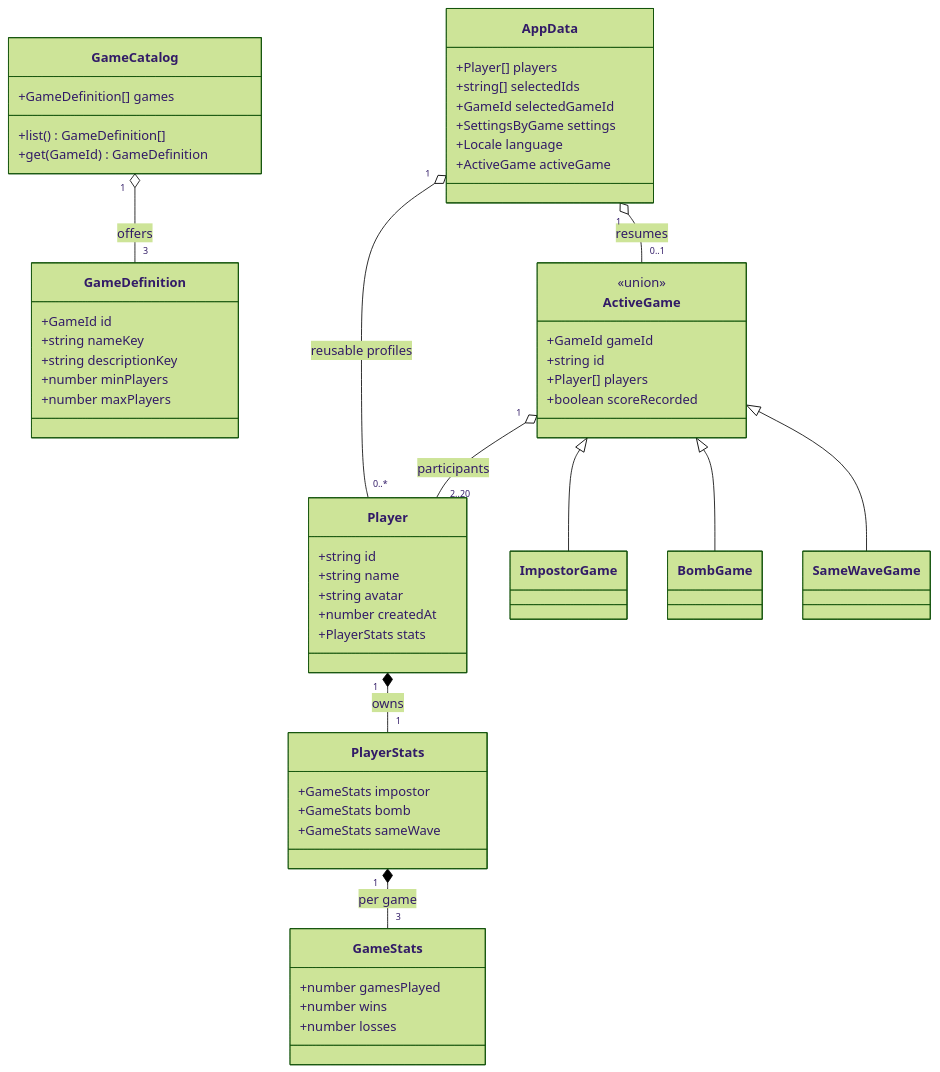
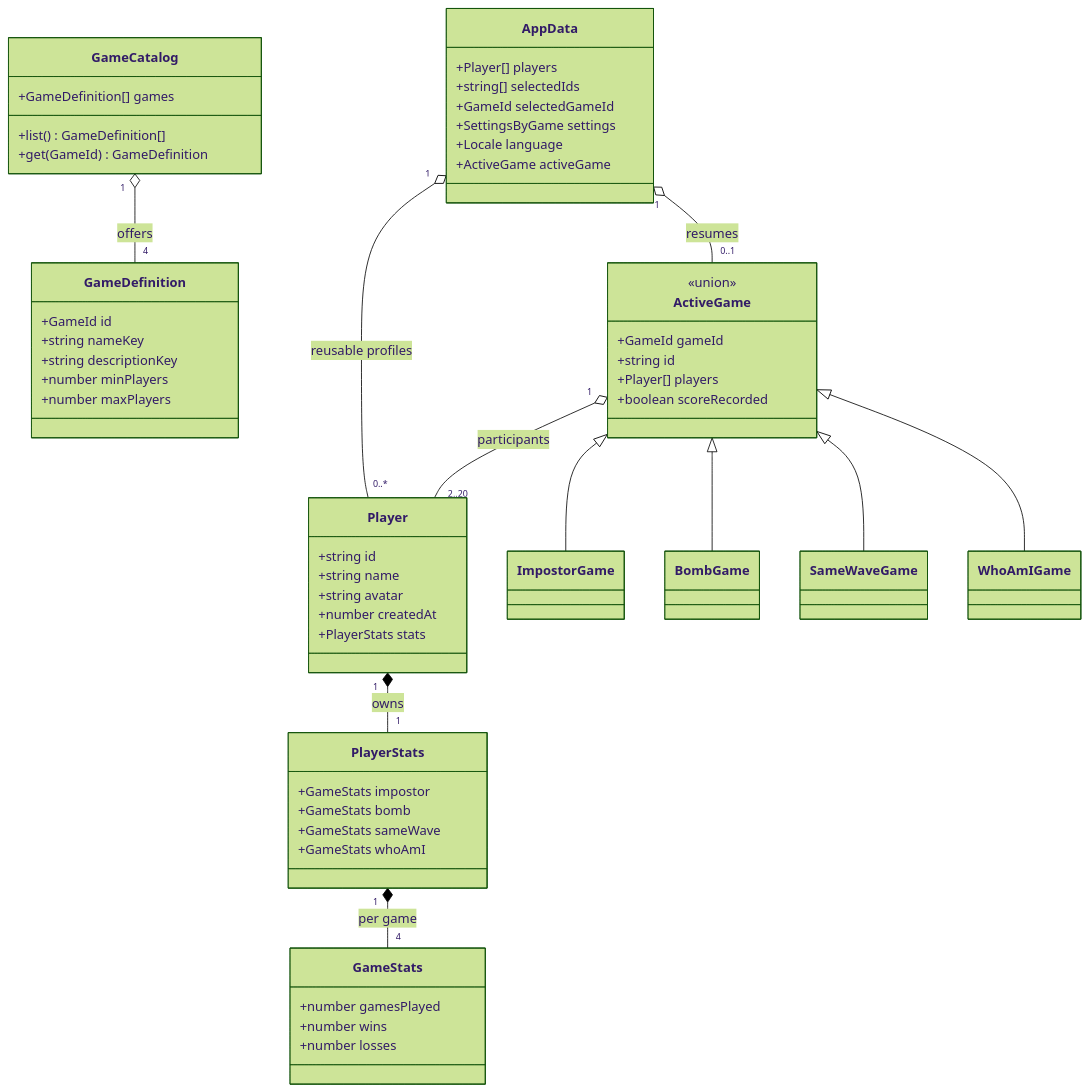
Before and after one commit to LucaSforza/ImpostorGame: the diagram in kb/catalog-design.md, drawn with Mermaid (forest theme). The commit also changed other lines of this file and 22 other files, not shown here.

Commit message:
feat: add Who Am I game

````diff
--- a/kb/catalog-design.md
+++ b/kb/catalog-design.md
@@ -11,60 +11,63 @@
 ```mermaid
 classDiagram
   class GameCatalog {
     +GameDefinition[] games
     +list() GameDefinition[]
     +get(GameId) GameDefinition
   }
   class GameDefinition {
     +GameId id
     +string nameKey
     +string descriptionKey
     +number minPlayers
     +number maxPlayers
   }
   class AppData {
     +Player[] players
     +string[] selectedIds
     +GameId selectedGameId
     +SettingsByGame settings
     +Locale language
     +ActiveGame activeGame
   }
   class Player {
     +string id
     +string name
     +string avatar
     +number createdAt
     +PlayerStats stats
   }
   class PlayerStats {
     +GameStats impostor
     +GameStats bomb
     +GameStats sameWave
+    +GameStats whoAmI
   }
   class GameStats {
     +number gamesPlayed
     +number wins
     +number losses
   }
   class ActiveGame {
     <<union>>
     +GameId gameId
     +string id
     +Player[] players
     +boolean scoreRecorded
   }
   class ImpostorGame
   class BombGame
   class SameWaveGame
+  class WhoAmIGame
 
-  GameCatalog "1" o-- "3" GameDefinition : offers
+  GameCatalog "1" o-- "4" GameDefinition : offers
   AppData "1" o-- "0..*" Player : reusable profiles
   Player "1" *-- "1" PlayerStats : owns
-  PlayerStats "1" *-- "3" GameStats : per game
+  PlayerStats "1" *-- "4" GameStats : per game
   AppData "1" o-- "0..1" ActiveGame : resumes
   ActiveGame <|-- ImpostorGame
   ActiveGame <|-- BombGame
   ActiveGame <|-- SameWaveGame
+  ActiveGame <|-- WhoAmIGame
   ActiveGame "1" o-- "2..20" Player : participants
 ```
````
